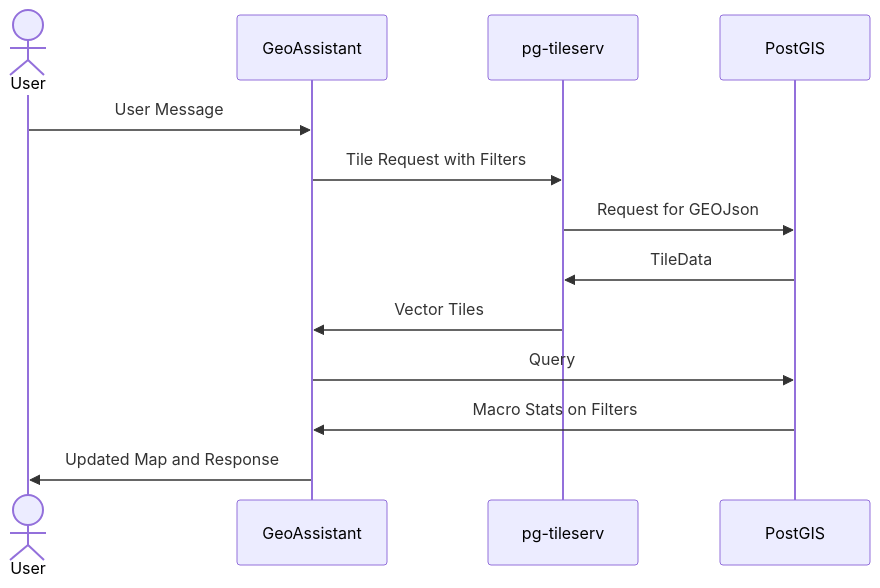
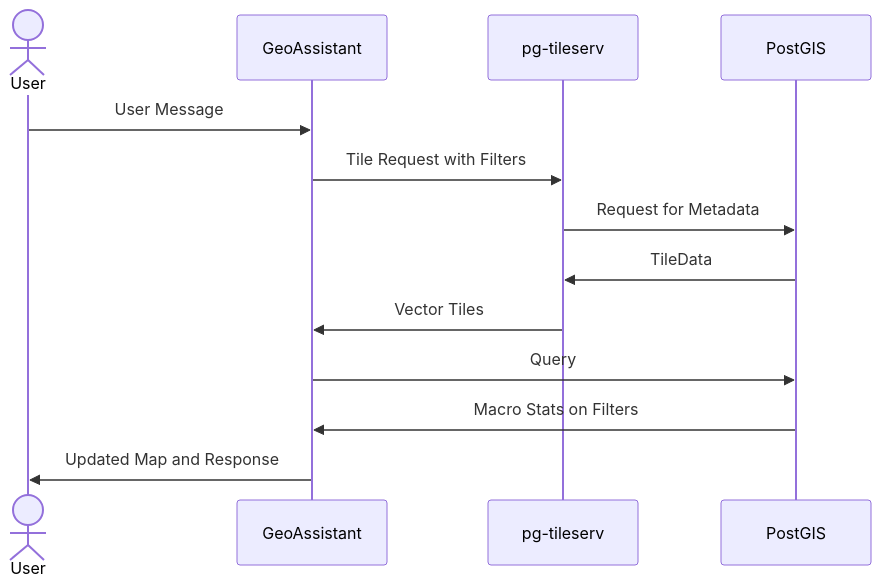
The first of 2 diagrams in design_docs/architecture.md (rmikulec/GeoAssistant), drawn with Mermaid before and after one commit.

Commit message:
Another small change

````diff
--- a/design_docs/architecture.md
+++ b/design_docs/architecture.md
@@ -15,12 +15,12 @@
 ```mermaid
 sequenceDiagram
     actor User
     User->>GeoAssistant: User Message
     GeoAssistant->>pg-tileserv: Tile Request with Filters
-    pg-tileserv->>PostGIS: Request for GEOJson
+    pg-tileserv->>PostGIS: Request for Metadata
     PostGIS->>pg-tileserv: TileData
     pg-tileserv->>GeoAssistant: Vector Tiles
     GeoAssistant->>PostGIS: Query
     PostGIS->>GeoAssistant: Macro Stats on Filters
     GeoAssistant->>User: Updated Map and Response
 ```
````
